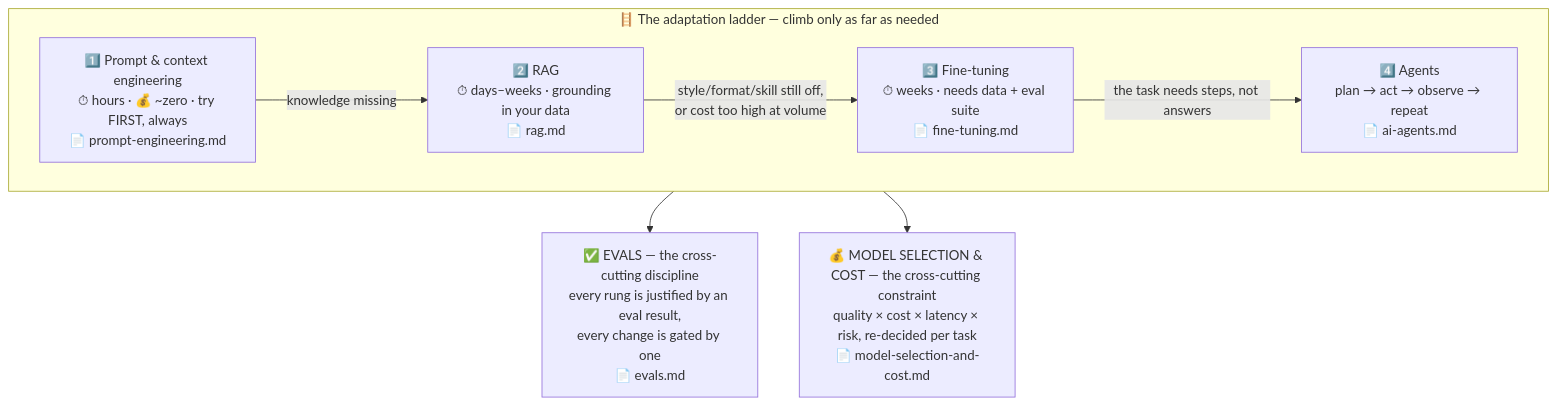
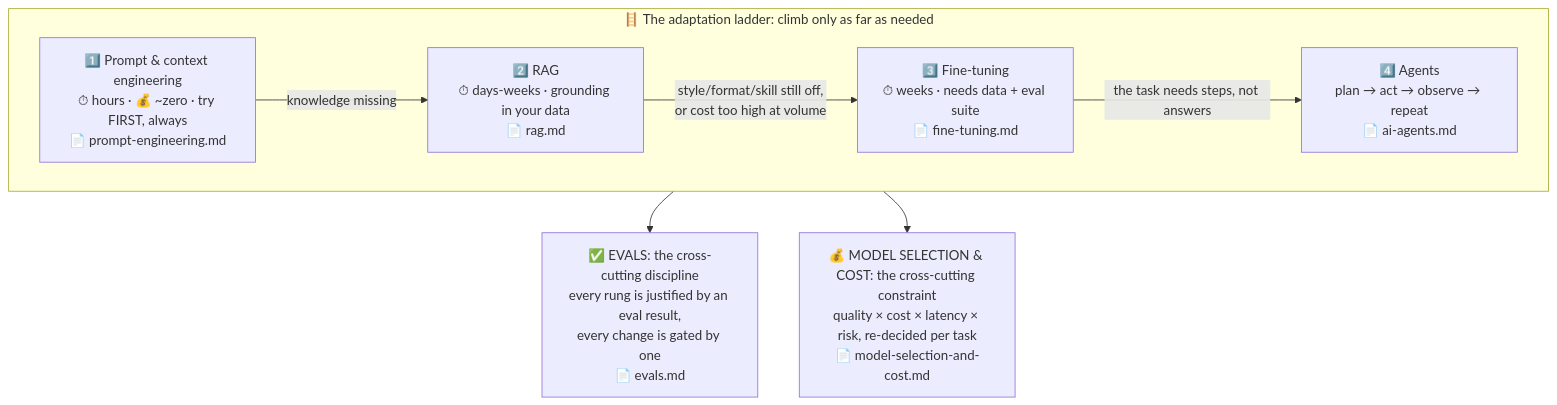
Before and after one commit to sugirdadinakar/AI-for-Product-Managers: the diagram in 02-technical-depth/README.md, drawn with Mermaid. The commit also changed other lines of this file and 59 other files, not shown here.

````diff
--- a/02-technical-depth/README.md
+++ b/02-technical-depth/README.md
@@ -22,10 +22,10 @@
 ```mermaid
 flowchart TD
-    subgraph LADDER["🪜 The adaptation ladder — climb only as far as needed"]
-        A["1️⃣ Prompt & context engineering<br/>⏱ hours · 💰 ~zero · try FIRST, always<br/>📄 prompt-engineering.md"] -->|"knowledge missing"| B["2️⃣ RAG<br/>⏱ days–weeks · grounding in your data<br/>📄 rag.md"]
+    subgraph LADDER["🪜 The adaptation ladder: climb only as far as needed"]
+        A["1️⃣ Prompt & context engineering<br/>⏱ hours · 💰 ~zero · try FIRST, always<br/>📄 prompt-engineering.md"] -->|"knowledge missing"| B["2️⃣ RAG<br/>⏱ days-weeks · grounding in your data<br/>📄 rag.md"]
         B -->|"style/format/skill still off,<br/>or cost too high at volume"| C["3️⃣ Fine-tuning<br/>⏱ weeks · needs data + eval suite<br/>📄 fine-tuning.md"]
         C -->|"the task needs steps, not answers"| D["4️⃣ Agents<br/>plan → act → observe → repeat<br/>📄 ai-agents.md"]
     end
-    LADDER --> E["✅ EVALS — the cross-cutting discipline<br/>every rung is justified by an eval result,<br/>every change is gated by one<br/>📄 evals.md"]
-    LADDER --> F["💰 MODEL SELECTION & COST — the cross-cutting constraint<br/>quality × cost × latency × risk, re-decided per task<br/>📄 model-selection-and-cost.md"]
+    LADDER --> E["✅ EVALS: the cross-cutting discipline<br/>every rung is justified by an eval result,<br/>every change is gated by one<br/>📄 evals.md"]
+    LADDER --> F["💰 MODEL SELECTION & COST: the cross-cutting constraint<br/>quality × cost × latency × risk, re-decided per task<br/>📄 model-selection-and-cost.md"]
 ```
````
